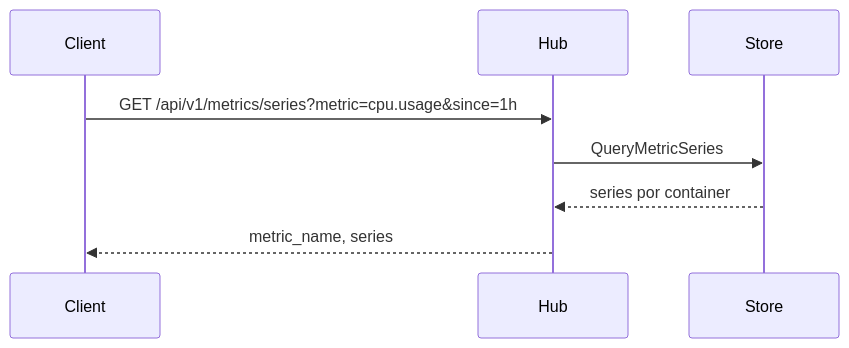
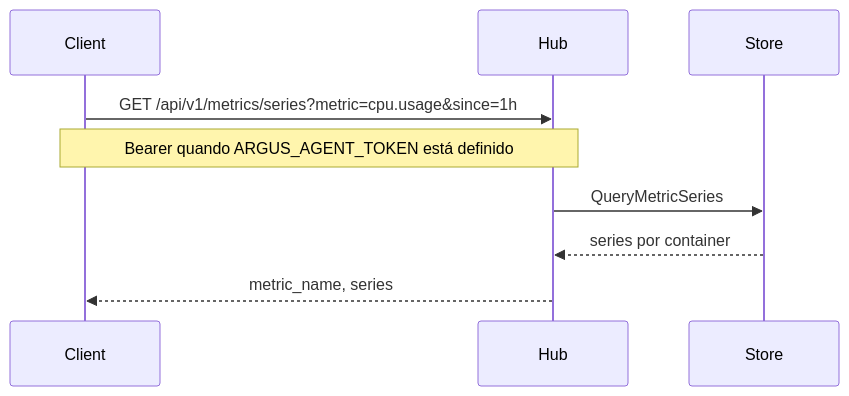
One commit to HarryRaddatz/argus-observability changed the second of 2 diagrams in docs/flows/metrics-ingestion.pt.md. Above: the diagram before and after it, drawn with Mermaid. The commit also changed other lines of this file and 71 other files, not shown here.

````diff
--- a/docs/flows/metrics-ingestion.pt.md
+++ b/docs/flows/metrics-ingestion.pt.md
@@ -44,11 +54,12 @@
 ```mermaid
 sequenceDiagram
   participant Client
   participant Hub
   participant Store
 
   Client->>Hub: GET /api/v1/metrics/series?metric=cpu.usage&since=1h
+  Note over Client,Hub: Bearer quando ARGUS_AGENT_TOKEN está definido
   Hub->>Store: QueryMetricSeries
   Store-->>Hub: series por container
   Hub-->>Client: metric_name, series
 ```
````
